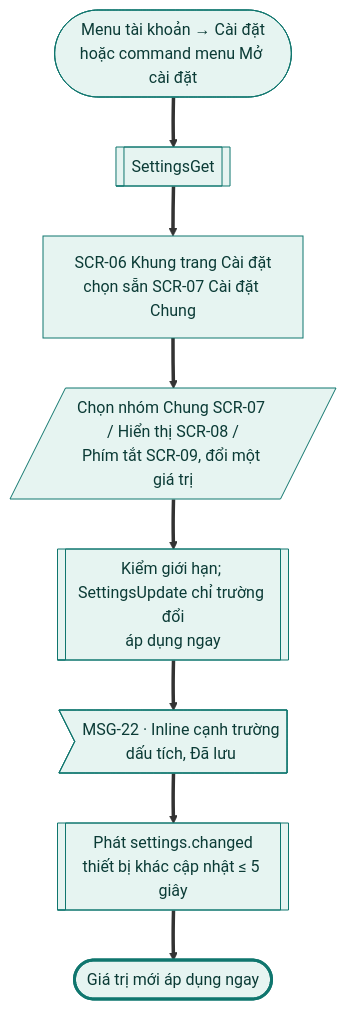
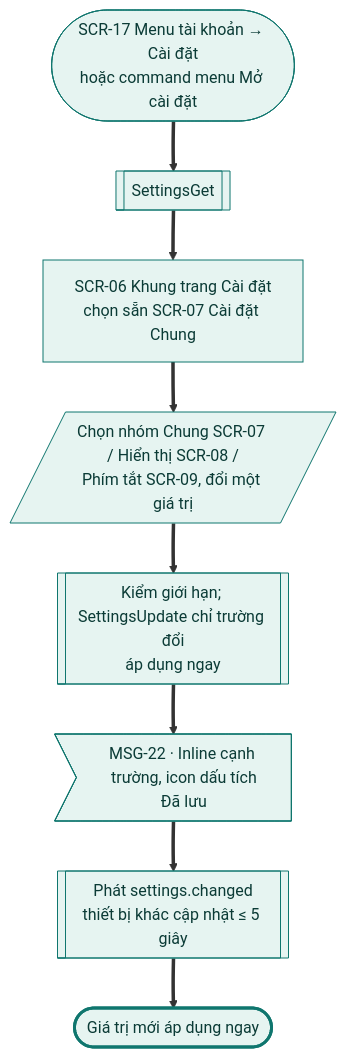
Before and after one commit to tannguyenho/personal-app: diagram 13 of 27 in docs/design-brief/flow/g01-tai-khoan.md, drawn with Mermaid. The commit also changed other lines of this file and 6 other files, not shown here.

First line of the commit message:
docs(G01, G10): áp quyết định PO 09/11 vào SRS, PRD, flow; IA trỏ mã mới

````diff
--- a/docs/design-brief/flow/g01-tai-khoan.md
+++ b/docs/design-brief/flow/g01-tai-khoan.md
@@ -617,25 +621,25 @@
 ```mermaid
 flowchart TD
-  start(["Menu tài khoản → Cài đặt<br/>hoặc command menu Mở cài đặt"])
+  start(["SCR-17 Menu tài khoản → Cài đặt<br/>hoặc command menu Mở cài đặt"])
   p1[["SettingsGet"]]
   s1["SCR-06 Khung trang Cài đặt<br/>chọn sẵn SCR-07 Cài đặt Chung"]
   u1[/"Chọn nhóm Chung SCR-07 / Hiển thị SCR-08 /<br/>Phím tắt SCR-09, đổi một giá trị"/]
   p2[["Kiểm giới hạn; SettingsUpdate chỉ trường đổi<br/>áp dụng ngay"]]
-  m1>"MSG-22 · Inline cạnh trường<br/>dấu tích, Đã lưu"]
+  m1>"MSG-22 · Inline cạnh trường, icon dấu tích<br/>Đã lưu"]
   p3[["Phát settings.changed<br/>thiết bị khác cập nhật ≤ 5 giây"]]
   ok(["Giá trị mới áp dụng ngay"])
 
   start ==> p1 ==> s1 ==> u1 ==> p2 ==> m1 ==> p3 ==> ok
 
   class start,p1,s1,u1,p2,m1,p3 happy
   class ok done
   classDef happy fill:#E6F4F1,stroke:#0F766E,color:#0B3B36
   classDef alt fill:#F1F3F5,stroke:#6B7280,color:#1F2937
   classDef err fill:#FDECEC,stroke:#B42318,color:#5C1010
   classDef warn fill:#FEF4E2,stroke:#B45309,color:#4A2604
   classDef ai fill:#F1ECFD,stroke:#6D28D9,color:#2E1065
   classDef sync fill:#FFFFFF,stroke:#6B7280,stroke-dasharray:4 3,color:#1F2937
   classDef link fill:#FFFFFF,stroke:#0F766E,stroke-dasharray:4 3,color:#0B3B36
   classDef done fill:#E6F4F1,stroke:#0F766E,stroke-width:3px,color:#0B3B36
   classDef fail fill:#FDECEC,stroke:#B42318,stroke-width:3px,color:#5C1010
 ```
````
